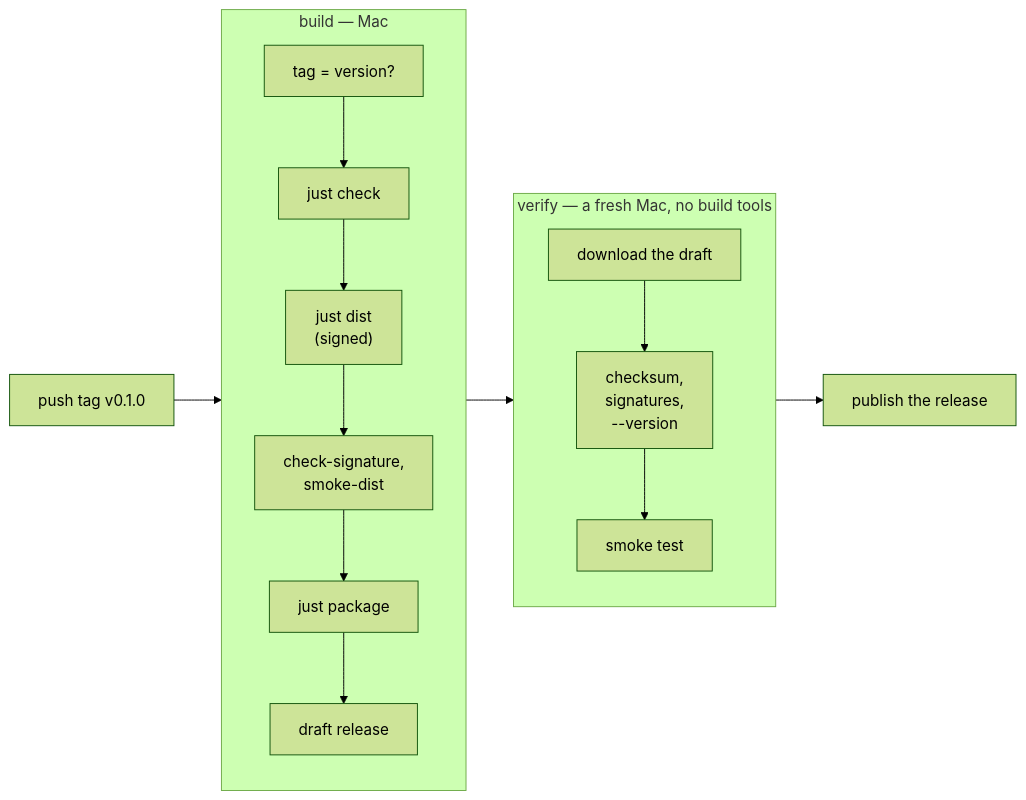
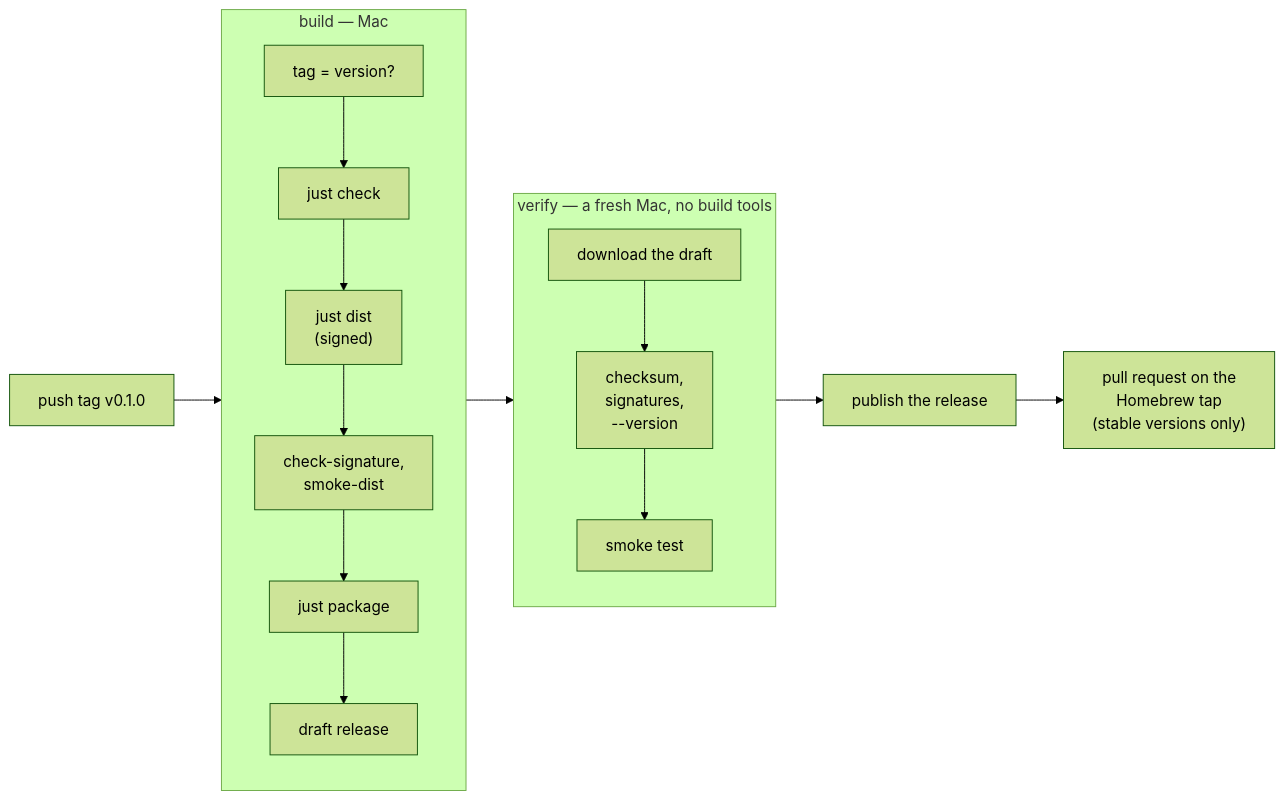
One commit to MilanPavel/golem changed the sixth of 13 diagrams in docs/sre.md. Above: the diagram before and after it, drawn with Mermaid (forest theme). The commit also changed other lines of this file and 12 other files, not shown here.

````diff
--- a/docs/sre.md
+++ b/docs/sre.md
@@ -182,12 +182,13 @@
 ```mermaid
 flowchart LR
   tag["push tag v0.1.0"] --> build
   subgraph build ["build — Mac"]
     b1["tag = version?"] --> b2["just check"] --> b3["just dist<br/>(signed)"] --> b4["check-signature,<br/>smoke-dist"] --> b5["just package"] --> b6["draft release"]
   end
   build --> verify
   subgraph verify ["verify — a fresh Mac, no build tools"]
     v1["download the draft"] --> v2["checksum,<br/>signatures,<br/>--version"] --> v3["smoke test"]
   end
   verify --> publish["publish the release"]
+  publish --> tap["pull request on the<br/>Homebrew tap<br/>(stable versions only)"]
 ```
````
